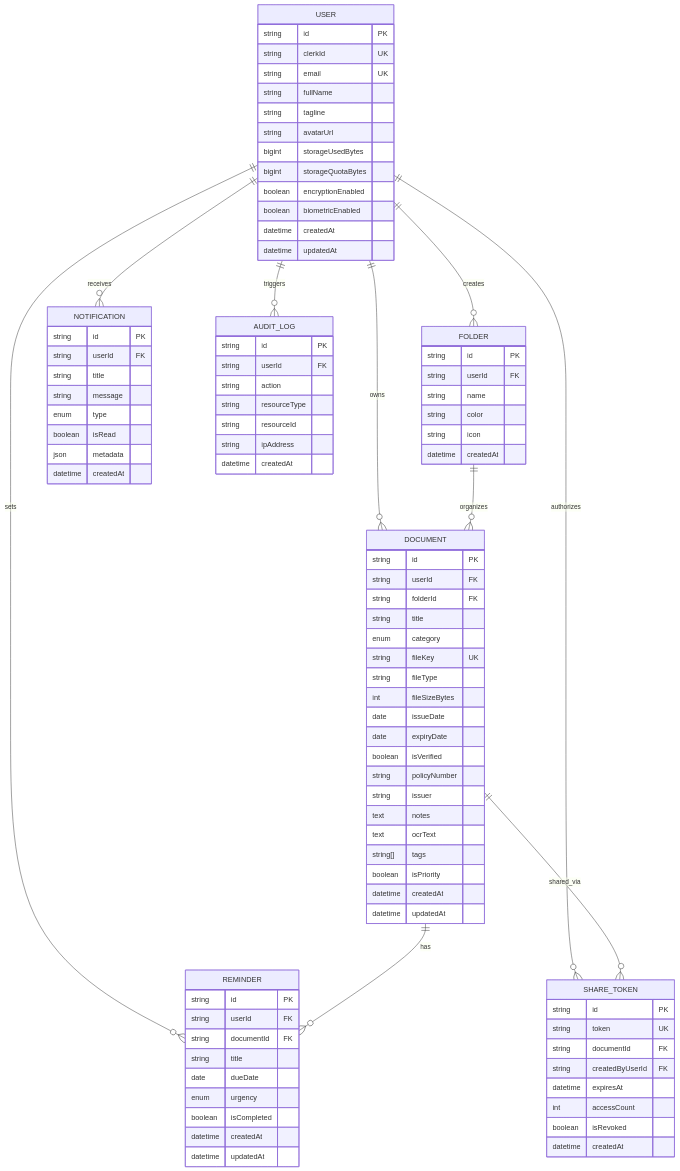
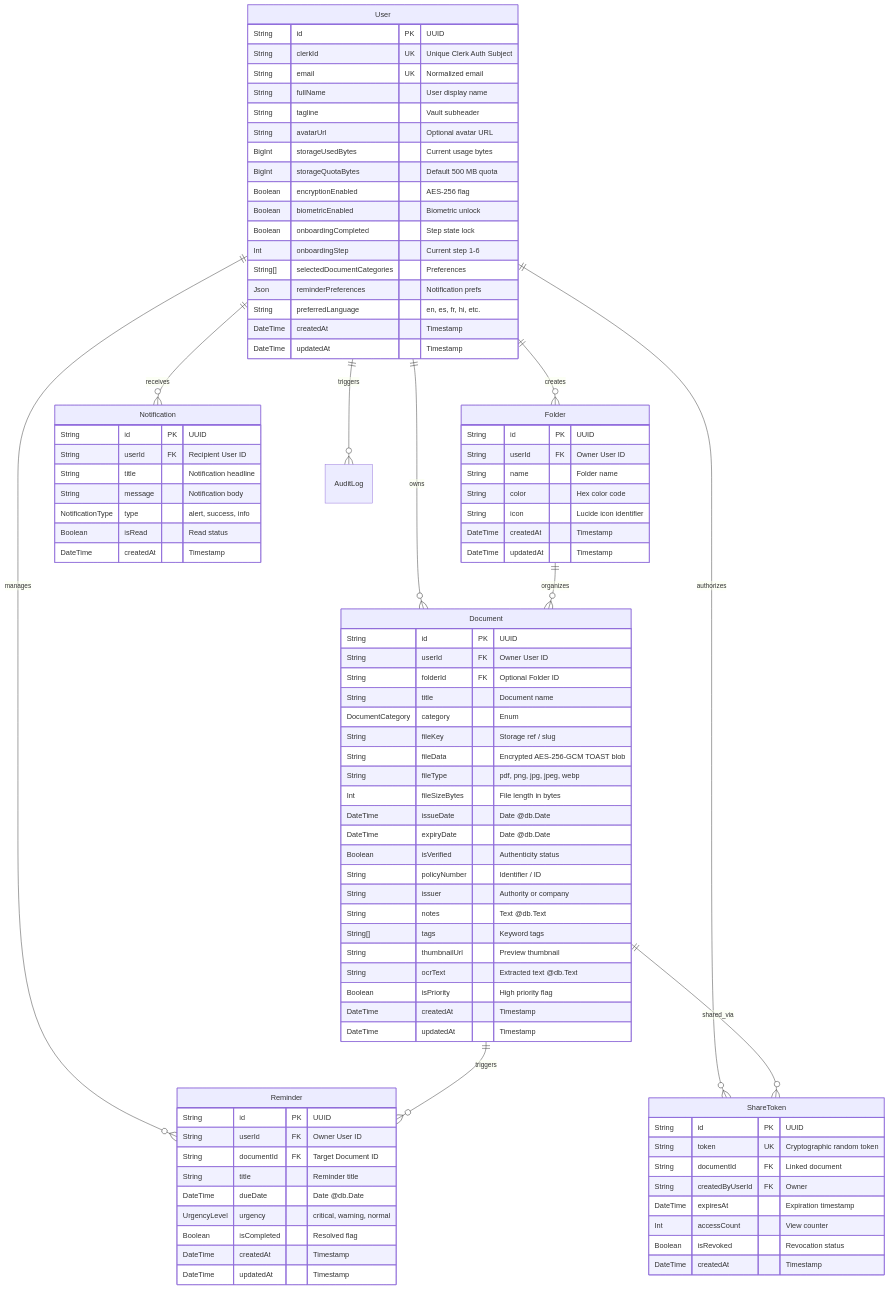
Before and after one commit to lohithk001/PaperTraiL: the diagram in docs/database-schema.md, drawn with Mermaid. The commit also changed other lines of this file and 6 other files, not shown here.

Commit message:
docs: add comprehensive documentation and update README architecture and security specs

````diff
--- a/docs/database-schema.md
+++ b/docs/database-schema.md
@@ -9,103 +12,100 @@
 ```mermaid
 erDiagram
-    USER ||--o{ DOCUMENT : "owns"
-    USER ||--o{ FOLDER : "creates"
-    USER ||--o{ REMINDER : "sets"
-    USER ||--o{ NOTIFICATION : "receives"
-    USER ||--o{ AUDIT_LOG : "triggers"
-    USER ||--o{ SHARE_TOKEN : "authorizes"
+    User ||--o{ Document : "owns"
+    User ||--o{ Folder : "creates"
+    User ||--o{ Reminder : "manages"
+    User ||--o{ Notification : "receives"
+    User ||--o{ AuditLog : "triggers"
+    User ||--o{ ShareToken : "authorizes"
 
-    FOLDER ||--o{ DOCUMENT : "organizes"
-    DOCUMENT ||--o{ REMINDER : "has"
-    DOCUMENT ||--o{ SHARE_TOKEN : "shared_via"
+    Folder ||--o{ Document : "organizes"
+    Document ||--o{ Reminder : "triggers"
+    Document ||--o{ ShareToken : "shared_via"
 
-    USER {
-        string id PK
-        string clerkId UK
-        string email UK
-        string fullName
-        string tagline
-        string avatarUrl
-        bigint storageUsedBytes
-        bigint storageQuotaBytes
-        boolean encryptionEnabled
-        boolean biometricEnabled
-        datetime createdAt
-        datetime updatedAt
+    User {
+        String id PK "UUID"
+        String clerkId UK "Unique Clerk Auth Subject"
+        String email UK "Normalized email"
+        String fullName "User display name"
+        String tagline "Vault subheader"
+        String avatarUrl "Optional avatar URL"
+        BigInt storageUsedBytes "Current usage bytes"
+        BigInt storageQuotaBytes "Default 500 MB quota"
+        Boolean encryptionEnabled "AES-256 flag"
+        Boolean biometricEnabled "Biometric unlock"
+        Boolean onboardingCompleted "Step state lock"
+        Int onboardingStep "Current step 1-6"
+        String[] selectedDocumentCategories "Preferences"
+        Json reminderPreferences "Notification prefs"
+        String preferredLanguage "en, es, fr, hi, etc."
+        DateTime createdAt "Timestamp"
+        DateTime updatedAt "Timestamp"
     }
 
-    DOCUMENT {
-        string id PK
-        string userId FK
-        string folderId FK
-        string title
-        enum category
-        string fileKey UK
-        string fileType
-        int fileSizeBytes
-        date issueDate
-        date expiryDate
-        boolean isVerified
-        string policyNumber
-        string issuer
-        text notes
-        text ocrText
-        string[] tags
-        boolean isPriority
-        datetime createdAt
-        datetime updatedAt
+    Document {
+        String id PK "UUID"
+        String userId FK "Owner User ID"
+        String folderId FK "Optional Folder ID"
+        String title "Document name"
+        DocumentCategory category "Enum"
+        String fileKey "Storage ref / slug"
+        String fileData "Encrypted AES-256-GCM TOAST blob"
+        String fileType "pdf, png, jpg, jpeg, webp"
+        Int fileSizeBytes "File length in bytes"
+        DateTime issueDate "Date @db.Date"
+        DateTime expiryDate "Date @db.Date"
+        Boolean isVerified "Authenticity status"
+        String policyNumber "Identifier / ID"
+        String issuer "Authority or company"
+        String notes "Text @db.Text"
+        String[] tags "Keyword tags"
+        String thumbnailUrl "Preview thumbnail"
+        String ocrText "Extracted text @db.Text"
+        Boolean isPriority "High priority flag"
+        DateTime createdAt "Timestamp"
+        DateTime updatedAt "Timestamp"
     }
 
-    REMINDER {
-        string id PK
-        string userId FK
-        string documentId FK
-        string title
-        date dueDate
-        enum urgency
-        boolean isCompleted
-        datetime createdAt
-        datetime updatedAt
+    Folder {
+        String id PK "UUID"
+        String userId FK "Owner User ID"
+        String name "Folder name"
+        String color "Hex color code"
+        String icon "Lucide icon identifier"
+        DateTime createdAt "Timestamp"
+        DateTime updatedAt "Timestamp"
     }
 
-    FOLDER {
-        string id PK
-        string userId FK
-        string name
-        string color
-        string icon
-        datetime createdAt
+    Reminder {
+        String id PK "UUID"
+        String userId FK "Owner User ID"
+        String documentId FK "Target Document ID"
+        String title "Reminder title"
+        DateTime dueDate "Date @db.Date"
+        UrgencyLevel urgency "critical, warning, normal"
+        Boolean isCompleted "Resolved flag"
+        DateTime createdAt "Timestamp"
+        DateTime updatedAt "Timestamp"
     }
 
-    NOTIFICATION {
-        string id PK
-        string userId FK
-        string title
-        string message
-        enum type
-        boolean isRead
-        json metadata
-        datetime createdAt
+    Notification {
+        String id PK "UUID"
+        String userId FK "Recipient User ID"
+        String title "Notification headline"
+        String message "Notification body"
+        NotificationType type "alert, success, info"
+        Boolean isRead "Read status"
+        DateTime createdAt "Timestamp"
     }
 
-    SHARE_TOKEN {
-        string id PK
-        string token UK
-        string documentId FK
-        string createdByUserId FK
-        datetime expiresAt
-        int accessCount
-        boolean isRevoked
-        datetime createdAt
-    }
-
-    AUDIT_LOG {
-        string id PK
-        string userId FK
-        string action
-        string resourceType
-        string resourceId
-        string ipAddress
-        datetime createdAt
+    ShareToken {
+        String id PK "UUID"
+        String token UK "Cryptographic random token"
+        String documentId FK "Linked document"
+        String createdByUserId FK "Owner"
+        DateTime expiresAt "Expiration timestamp"
+        Int accessCount "View counter"
+        Boolean isRevoked "Revocation status"
+        DateTime createdAt "Timestamp"
     }
 ```
````
